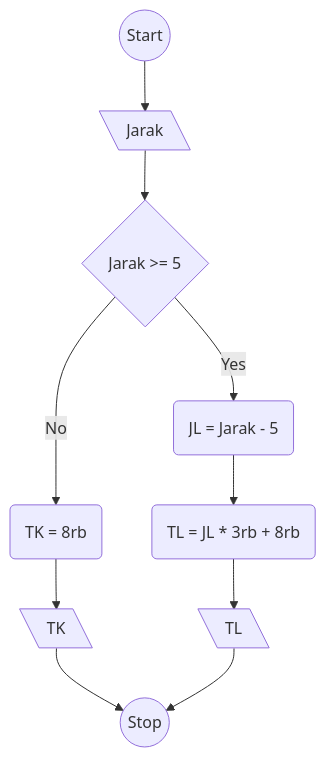
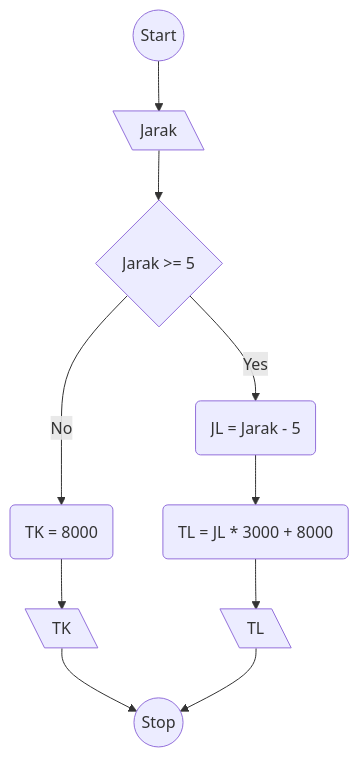
One commit to ariekas/koda-b4-algoritma changed the diagram in MiniTaks8.md. Above: the diagram before and after it, drawn with Mermaid.

````diff
--- a/MiniTaks8.md
+++ b/MiniTaks8.md
@@ -3,22 +3,22 @@
 ```mermaid
 flowchart TD
 Start((Start))
 Input[\Jarak\]
 Decision{Jarak >= 5}
 JL(JL = Jarak - 5)
-ProcessLebih(TL = JL * 3rb + 8rb)
-ProcessKurang(TK = 8rb)
+ProcessLebih(TL = JL * 3000 + 8000)
+ProcessKurang(TK = 8000)
 TerminatorLebih[\TL\]
 TerminatorKurang[\TK\]
 Stop((Stop))
 
 Start --> Input
 Input --> Decision
 Decision -- Yes --> JL
 Decision -- No --> ProcessKurang
 JL --> ProcessLebih
 ProcessKurang --> TerminatorKurang
 ProcessLebih --> TerminatorLebih
 TerminatorKurang --> Stop
 TerminatorLebih --> Stop
 ```
````
